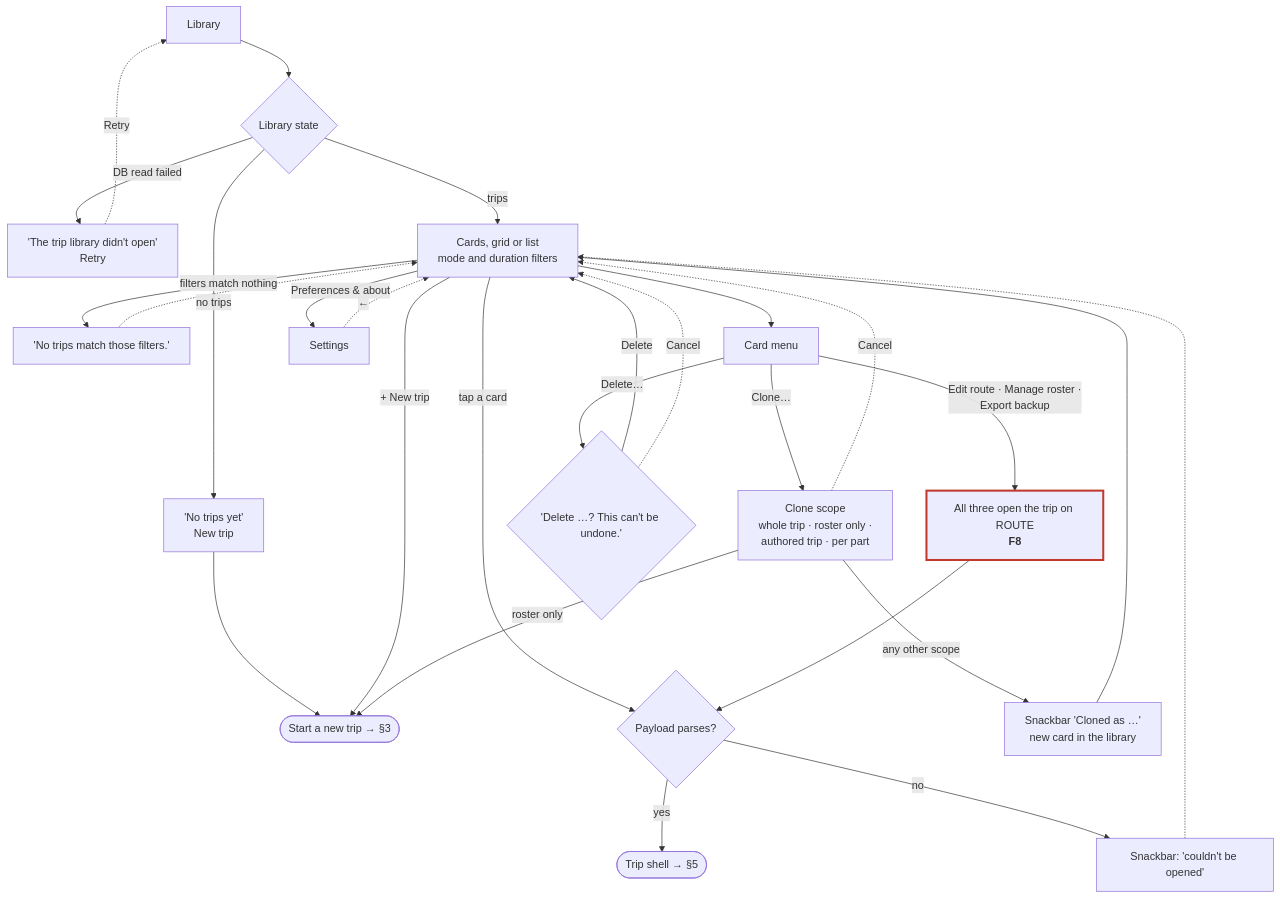
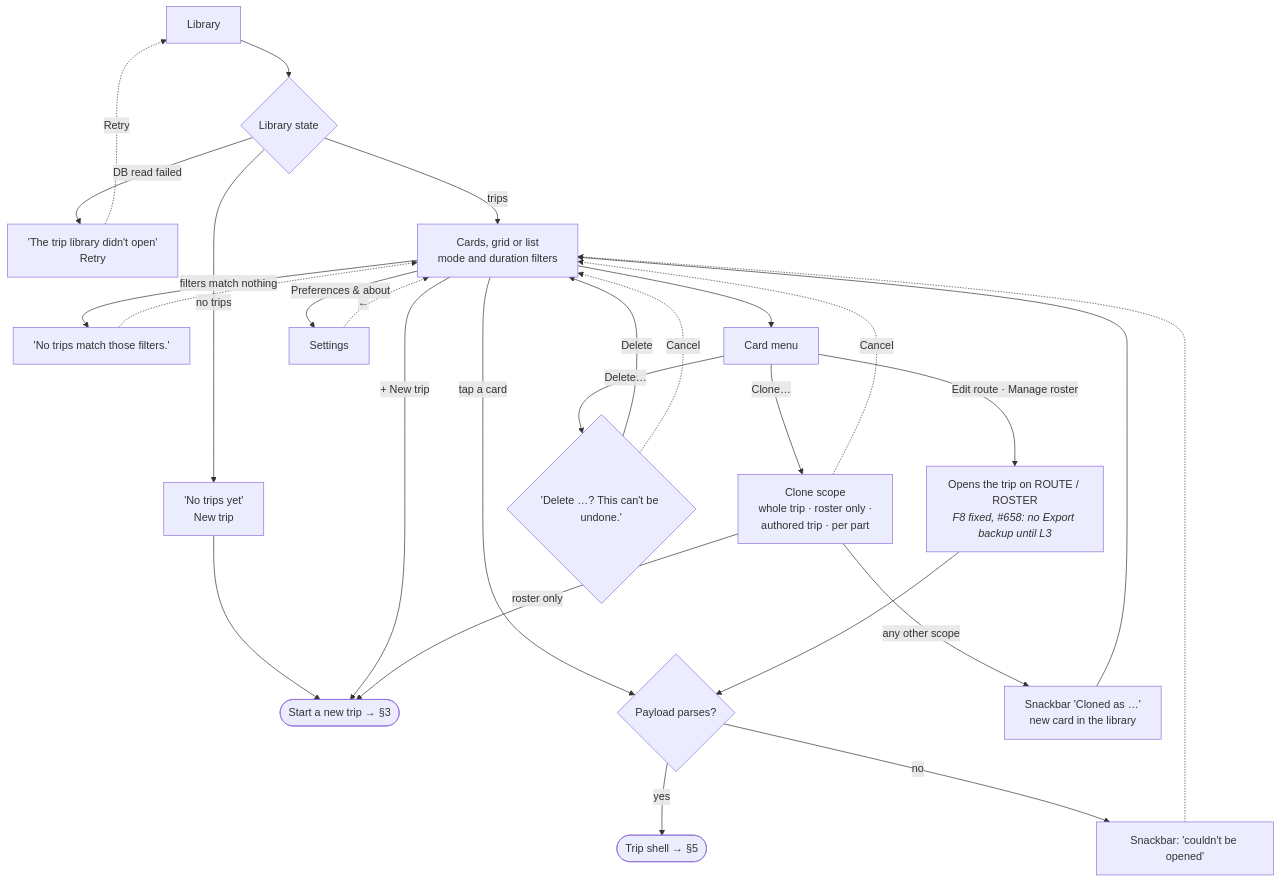
One commit to gnfrazier/plotlines changed the third of 11 diagrams in docs/Plotlines_Author_Flow_E2E.md. Above: the diagram before and after it, drawn with Mermaid. The commit also changed other lines of this file, not shown here.

First line of the commit message:
Draw the fixed Author flow: all 24 findings struck, with their PRs (v1.2)

````diff
--- a/docs/Plotlines_Author_Flow_E2E.md
+++ b/docs/Plotlines_Author_Flow_E2E.md
@@ -71,30 +71,30 @@
 ```mermaid
 flowchart TD
     L[Library] --> E{Library state}
     E -->|DB read failed| LF["'The trip library didn't open'<br/>Retry"]
     LF -.->|Retry| L
     E -->|no trips| EM["'No trips yet'<br/>New trip"]
     E -->|trips| G["Cards, grid or list<br/>mode and duration filters"]
     G -->|filters match nothing| NM["'No trips match those filters.'"]
     NM -.-> G
     EM --> NT([Start a new trip → §3])
     G -->|+ New trip| NT
     G -->|tap a card| OP{Payload parses?}
     OP -->|yes| SH([Trip shell → §5])
     OP -->|no| OPF["Snackbar: 'couldn't be opened'"]
     OPF -.-> G
     G --> MN[Card menu]
-    MN -->|"Edit route · Manage roster ·<br/>Export backup"| MNX["All three open the trip on ROUTE<br/><b>F8</b>"]:::finding
+    MN -->|"Edit route · Manage roster"| MNX["Opens the trip on ROUTE / ROSTER<br/><i>F8 fixed, #658: no Export backup until L3</i>"]
     MNX --> OP
     MN -->|Clone…| CS["Clone scope<br/>whole trip · roster only ·<br/>authored trip · per part"]
     CS -.->|Cancel| G
     CS -->|roster only| NT
     CS -->|any other scope| CL["Snackbar 'Cloned as …'<br/>new card in the library"]
     CL --> G
     MN -->|Delete…| DL{"'Delete …? This can't be undone.'"}
     DL -->|Delete| G
     DL -.->|Cancel| G
     G -->|Preferences & about| ST[Settings]
     ST -.->|←| G
     classDef finding stroke:#c0392b,stroke-width:3px
 ```
````
